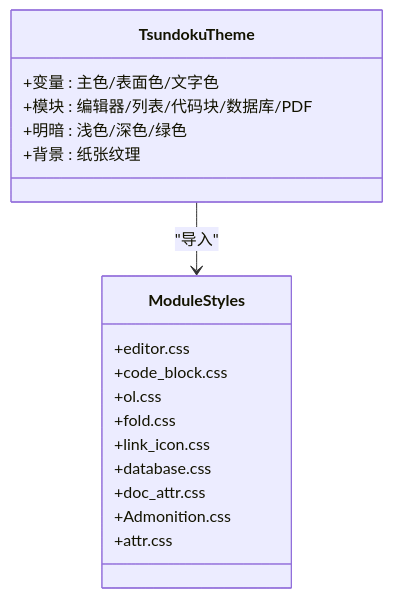
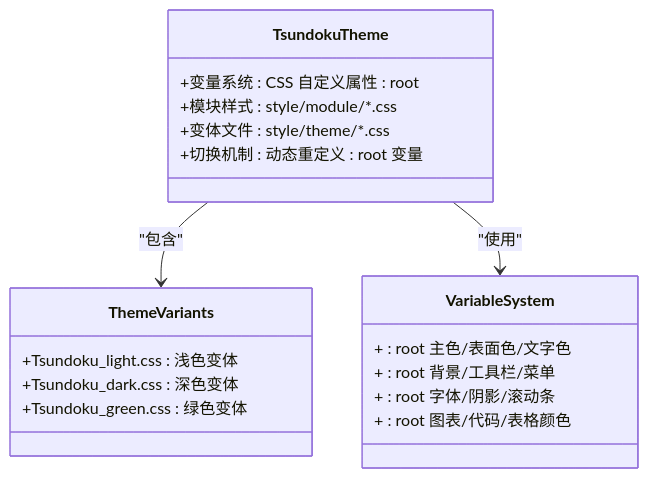
The fourth of 6 diagrams in .qoder/repowiki/zh/content/核心功能/主题系统/预设主题介绍.md (terwer/siyuan-plugin-blog), drawn with Mermaid before and after one commit. The commit also changed other lines of this file and 31 other files, not shown here.

````diff
--- a/.qoder/repowiki/zh/content/核心功能/主题系统/预设主题介绍.md
+++ b/.qoder/repowiki/zh/content/核心功能/主题系统/预设主题介绍.md
@@ -156,21 +178,22 @@
 ```mermaid
 classDiagram
 class TsundokuTheme {
-+变量 : 主色/表面色/文字色
-+模块 : 编辑器/列表/代码块/数据库/PDF
-+明暗 : 浅色/深色/绿色
-+背景 : 纸张纹理
++变量系统 : CSS 自定义属性 : root
++模块样式 : style/module/*.css
++变体文件 : style/theme/*.css
++切换机制 : 动态重定义 : root 变量
 }
-class ModuleStyles {
-+editor.css
-+code_block.css
-+ol.css
-+fold.css
-+link_icon.css
-+database.css
-+doc_attr.css
-+Admonition.css
-+attr.css
+class ThemeVariants {
++Tsundoku_light.css : 浅色变体
++Tsundoku_dark.css : 深色变体
++Tsundoku_green.css : 绿色变体
 }
-TsundokuTheme --> ModuleStyles : "导入"
+class VariableSystem {
++ : root 主色/表面色/文字色
++ : root 背景/工具栏/菜单
++ : root 字体/阴影/滚动条
++ : root 图表/代码/表格颜色
+}
+TsundokuTheme --> ThemeVariants : "包含"
+TsundokuTheme --> VariableSystem : "使用"
 ```
````
